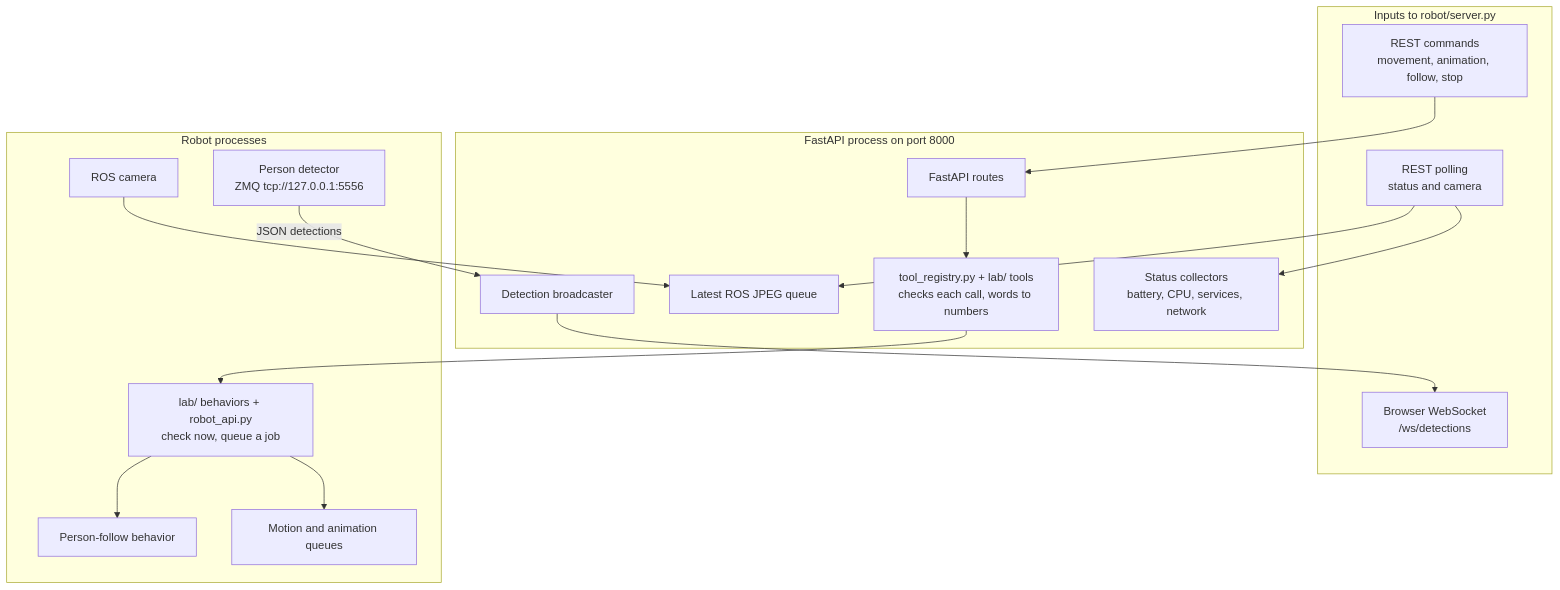
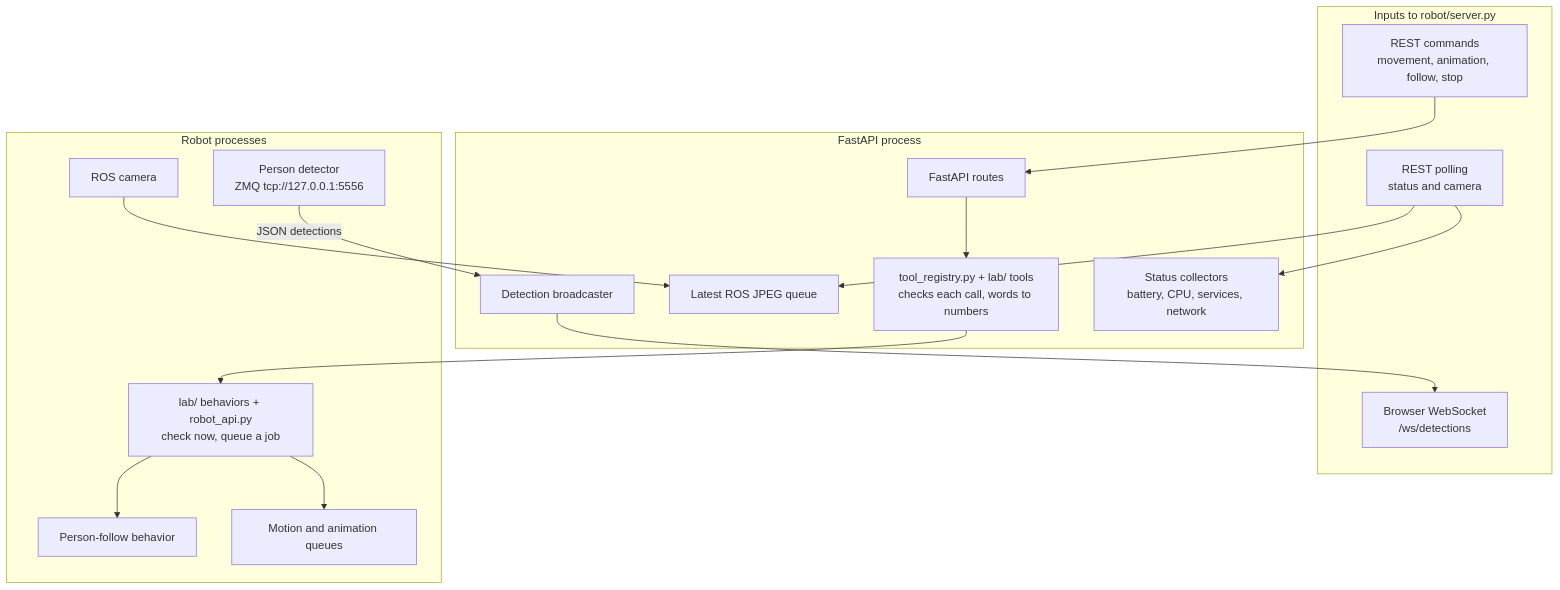
Before and after one commit to ShrishPremkrishna/mts_123: the third of 4 diagrams in gemini_pupper/docs/architecture.md, drawn with Mermaid. The commit also changed other lines of this file and 13 other files, not shown here.

````diff
--- a/gemini_pupper/docs/architecture.md
+++ b/gemini_pupper/docs/architecture.md
@@ -162,34 +163,34 @@
 ```mermaid
 flowchart TB
     subgraph Inputs["Inputs to robot/server.py"]
         REST["REST commands<br/>movement, animation, follow, stop"]
         Poll["REST polling<br/>status and camera"]
         WSClient["Browser WebSocket<br/>/ws/detections"]
     end
 
-    subgraph Server["FastAPI process on port 8000"]
+    subgraph Server["FastAPI process"]
         Routes["FastAPI routes"]
         Agent["tool_registry.py + lab/ tools<br/>checks each call, words to numbers"]
         Status["Status collectors<br/>battery, CPU, services, network"]
         Camera["Latest ROS JPEG queue"]
         Broadcast["Detection broadcaster"]
     end
 
     subgraph RobotStack["Robot processes"]
         ToolServer["lab/ behaviors + robot_api.py<br/>check now, queue a job"]
         Motion["Motion and animation queues"]
         Follow["Person-follow behavior"]
         CameraROS["ROS camera"]
         Tracker["Person detector<br/>ZMQ tcp://127.0.0.1:5556"]
     end
 
     REST --> Routes --> Agent --> ToolServer
     ToolServer --> Motion
     ToolServer --> Follow
 
     Poll --> Status
     Poll --> Camera
     CameraROS --> Camera
 
     Tracker -->|JSON detections| Broadcast --> WSClient
 ```
````
